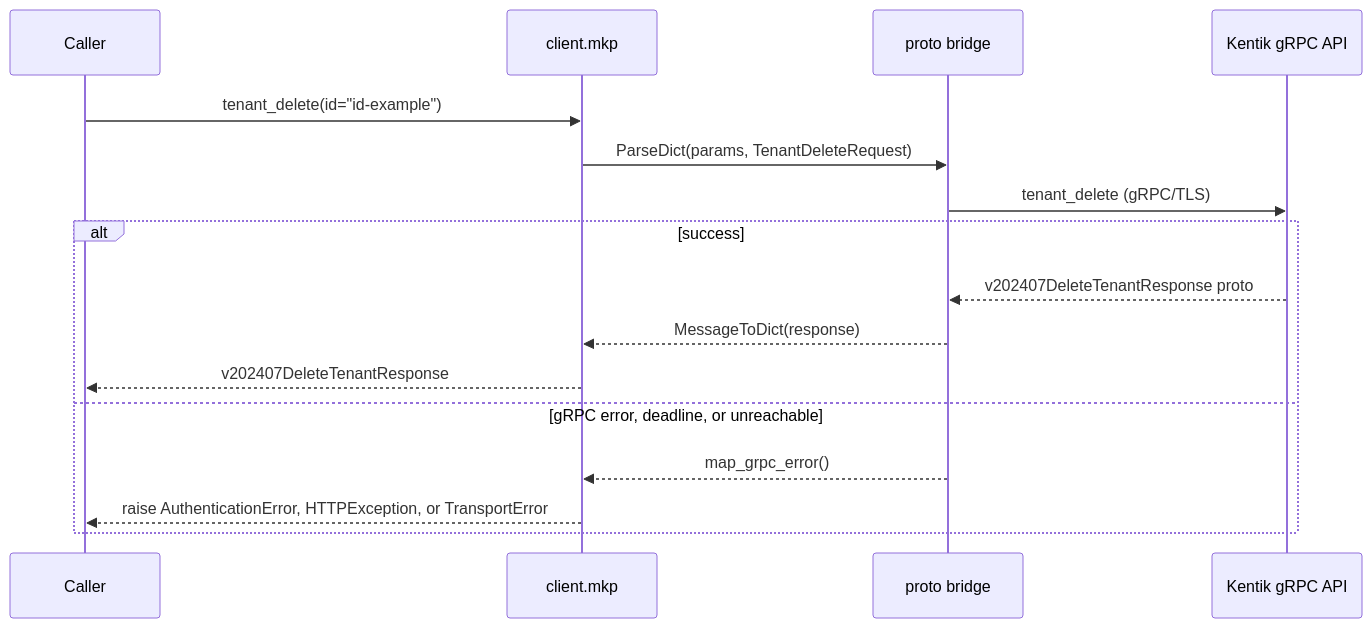
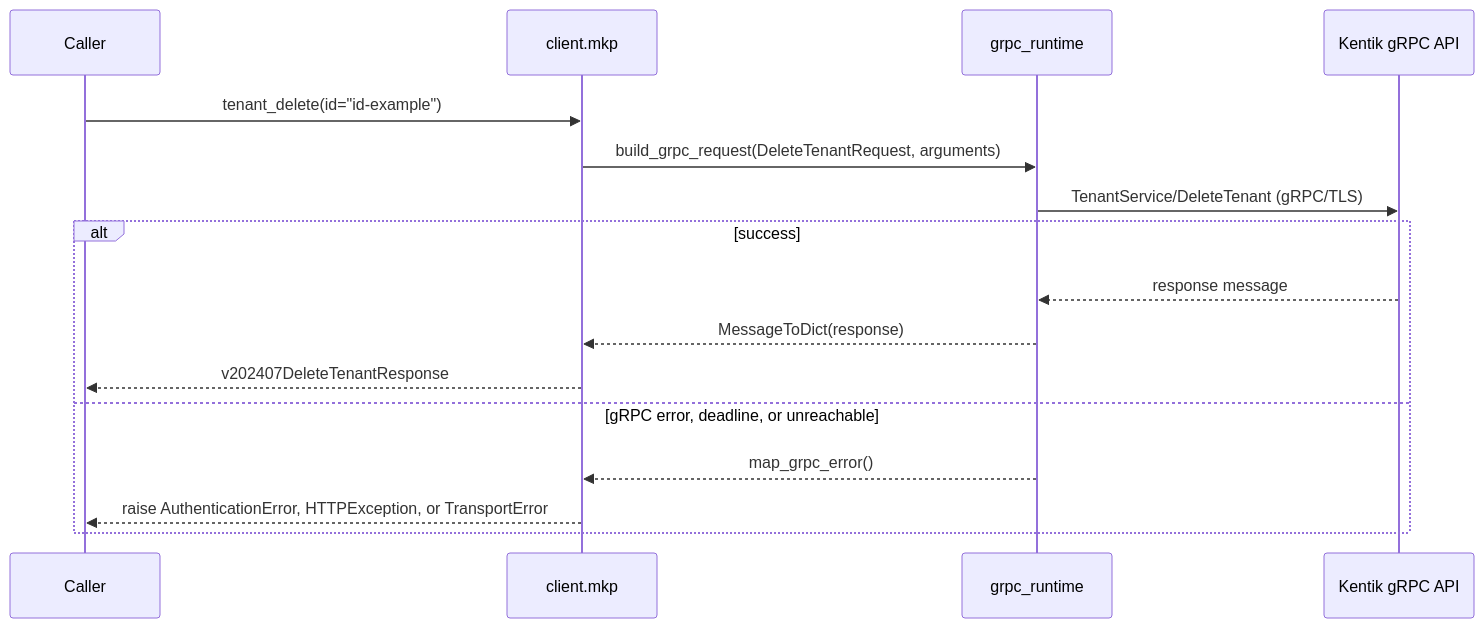
Diagram 21 of 30 in docs/sphinx/services/mkp.md (alexdearaujo/community_sdk_python), drawn with Mermaid before and after one commit. The commit also changed other lines of this file and 37 other files, not shown here.

First line of the commit message:
docs: show the real RPC in each service page's gRPC diagram

````diff
--- a/docs/sphinx/services/mkp.md
+++ b/docs/sphinx/services/mkp.md
@@ -733,19 +733,19 @@
 ```mermaid
 sequenceDiagram
     participant C as Caller
     participant W as client.mkp
-    participant B as proto bridge
+    participant R as grpc_runtime
     participant API as Kentik gRPC API
 
     C->>W: tenant_delete(id="id-example")
-    W->>B: ParseDict(params, TenantDeleteRequest)
-    B->>API: tenant_delete (gRPC/TLS)
+    W->>R: build_grpc_request(DeleteTenantRequest, arguments)
+    R->>API: TenantService/DeleteTenant (gRPC/TLS)
     alt success
-        API-->>B: v202407DeleteTenantResponse proto
-        B-->>W: MessageToDict(response)
+        API-->>R: response message
+        R-->>W: MessageToDict(response)
         W-->>C: v202407DeleteTenantResponse
     else gRPC error, deadline, or unreachable
-        B-->>W: map_grpc_error()
+        R-->>W: map_grpc_error()
         W-->>C: raise AuthenticationError, HTTPException, or TransportError
     end
 ```
````
